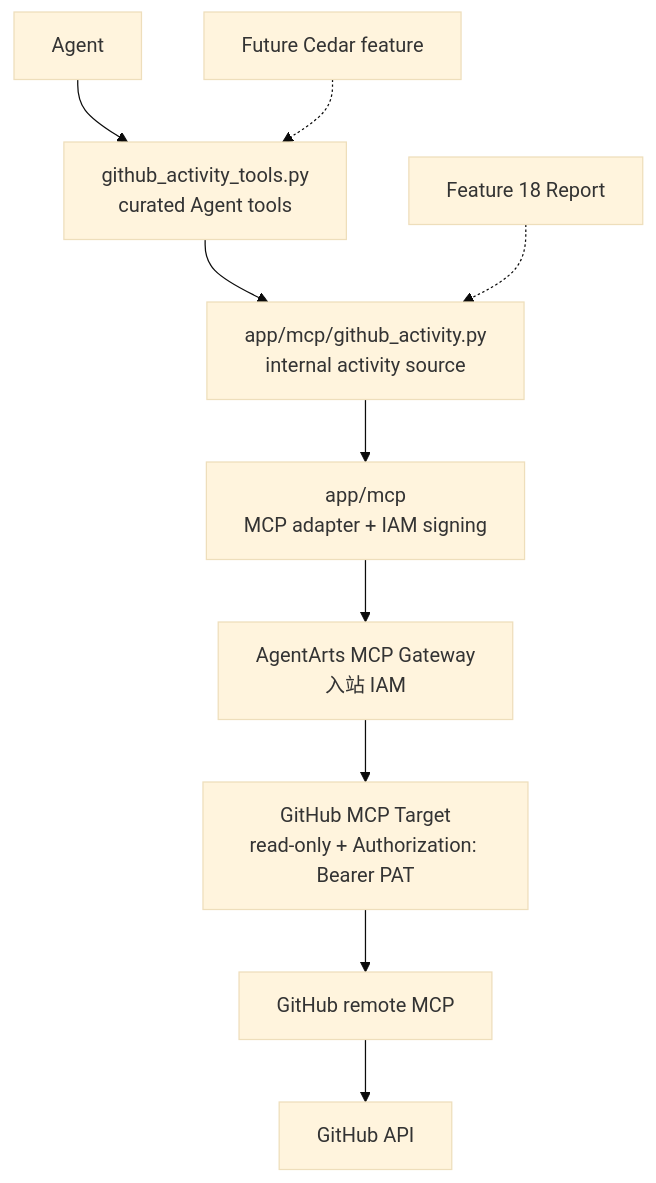
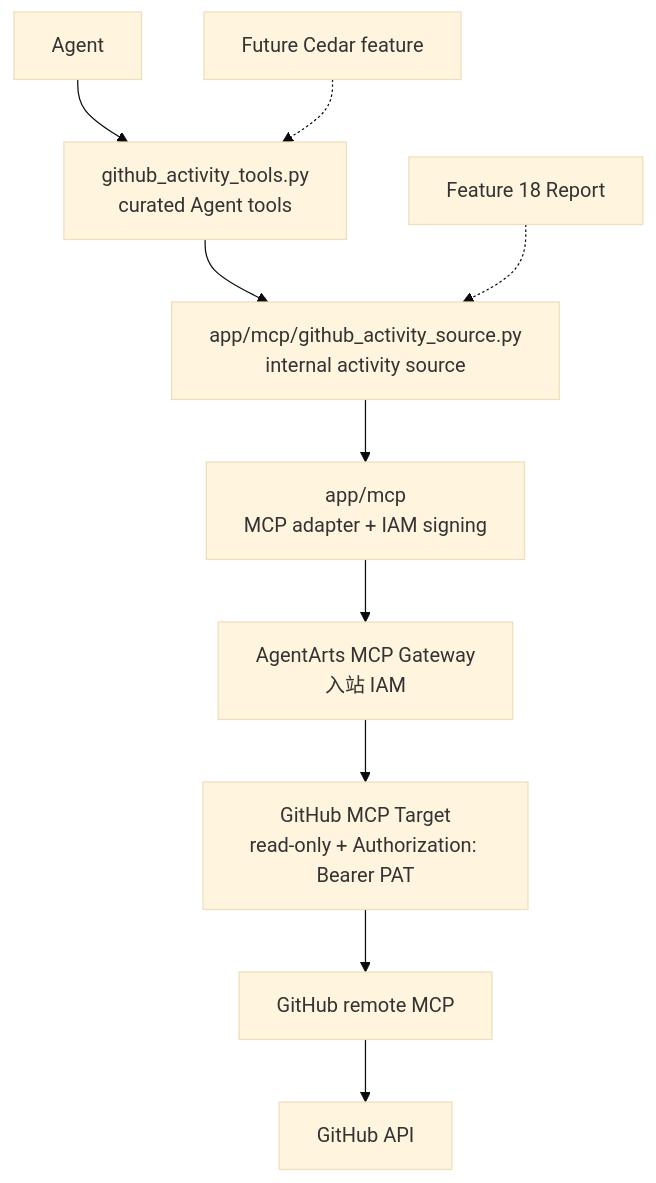
One commit to T-1009/personal-assistant changed the diagram in personal-assistant-meta/issues/features/backlog/feature-17-github-mcp-data-source/issue.md. Above: the diagram before and after it, drawn with Mermaid (base theme). The commit also changed other lines of this file and 24 other files, not shown here.

Commit message:
fix(Feature-17): align GitHub MCP source and Agent tool contracts and improve PR activity queries

````diff
--- a/personal-assistant-meta/issues/features/backlog/feature-17-github-mcp-data-source/issue.md
+++ b/personal-assistant-meta/issues/features/backlog/feature-17-github-mcp-data-source/issue.md
@@ -31,22 +31,22 @@
 ```mermaid
 flowchart TB
     Agent["Agent"]
     Tool["github_activity_tools.py<br/>curated Agent tools"]
-    Source["app/mcp/github_activity.py<br/>internal activity source"]
+    Source["app/mcp/github_activity_source.py<br/>internal activity source"]
     Adapter["app/mcp<br/>MCP adapter + IAM signing"]
     Gateway["AgentArts MCP Gateway<br/>入站 IAM"]
     Target["GitHub MCP Target<br/>read-only + Authorization: Bearer PAT"]
     GitHubMCP["GitHub remote MCP"]
     GitHubAPI["GitHub API"]
 
     Agent --> Tool
     Tool --> Source
     Source --> Adapter
     Adapter --> Gateway
     Gateway --> Target
     Target --> GitHubMCP
     GitHubMCP --> GitHubAPI
 
     Report["Feature 18 Report"] -.-> Source
     Cedar["Future Cedar feature"] -.-> Tool
 ```
````
